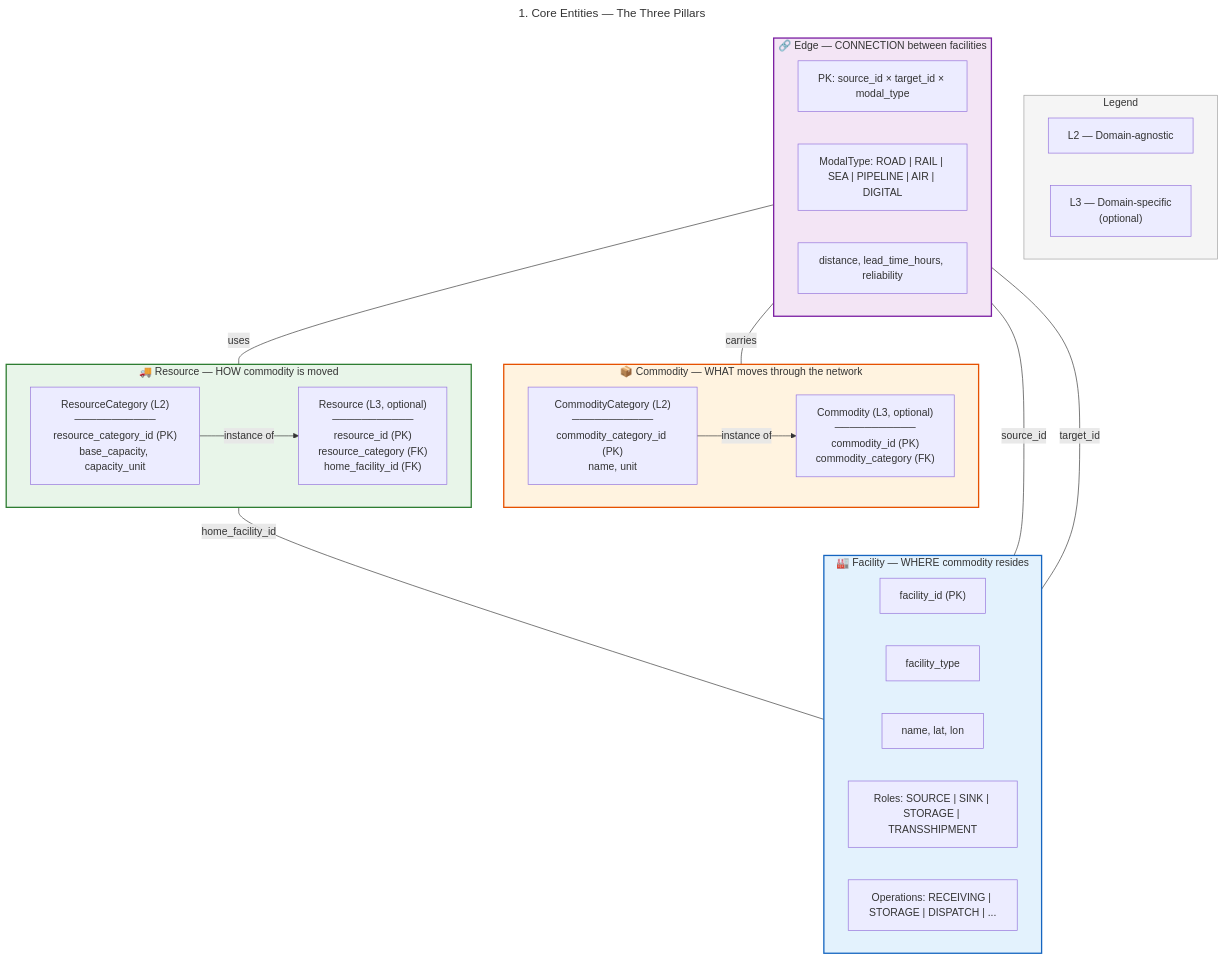
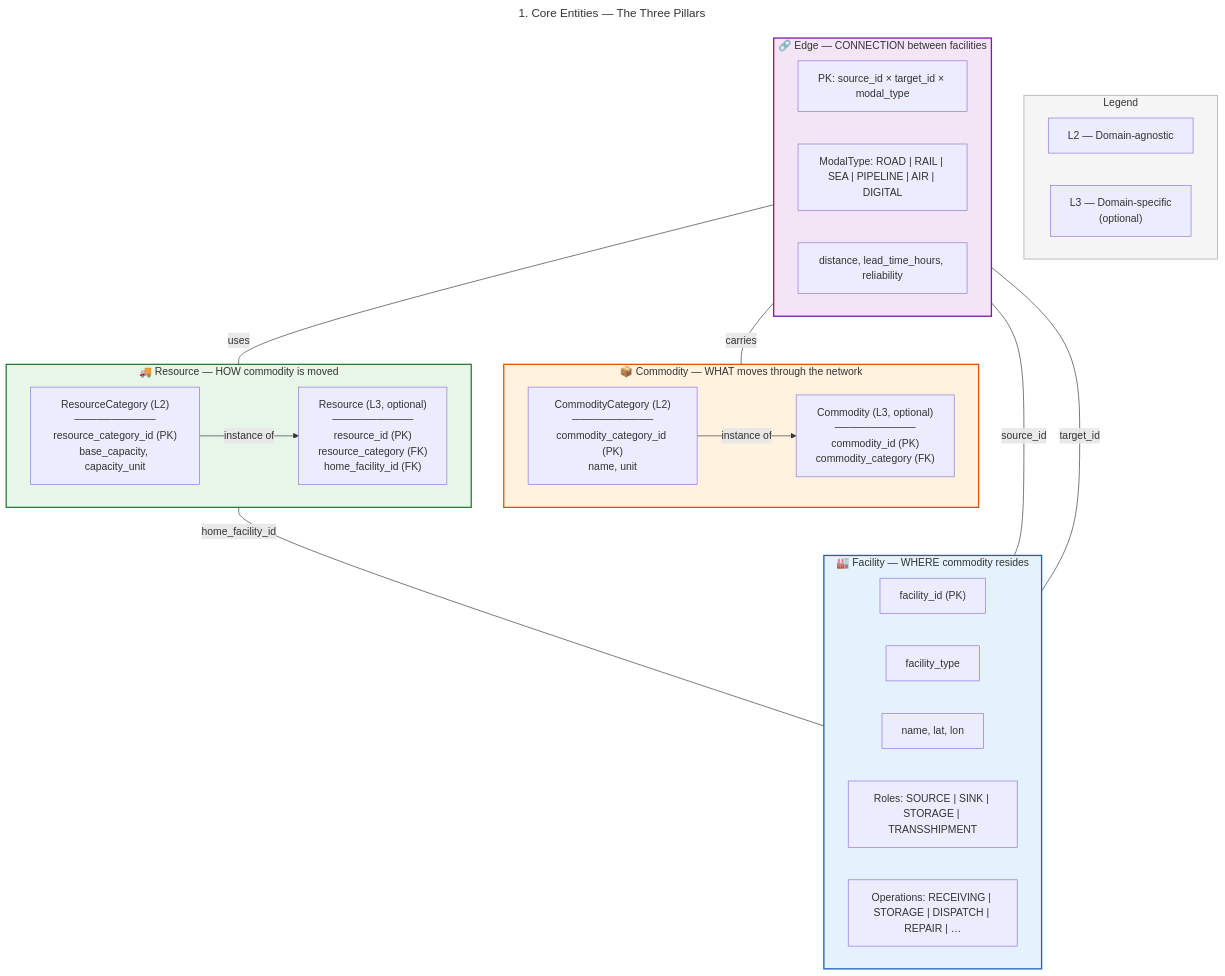
Before and after one commit to vlzm/GFDRR: the diagram in docs/diagrams/01_core_entities.mermaid, drawn with Mermaid. The commit also changed 8 other files, not shown here.

First line of the commit message:
feat(docs): update architecture and data model documentation for bike-sharing

```diff
--- a/docs/diagrams/01_core_entities.mermaid
+++ b/docs/diagrams/01_core_entities.mermaid
@@ -1,55 +1,55 @@
 ---
 title: "1. Core Entities — The Three Pillars"
 ---
 
 flowchart TB
     subgraph Legend["Legend"]
         direction LR
         L1["L2 — Domain-agnostic"]
         L2["L3 — Domain-specific<br/>(optional)"]
     end
 
     subgraph Facility["🏭 Facility — WHERE commodity resides"]
         F_id["facility_id (PK)"]
         F_type["facility_type"]
         F_name["name, lat, lon"]
         F_roles["Roles: SOURCE | SINK | STORAGE | TRANSSHIPMENT"]
-        F_ops["Operations: RECEIVING | STORAGE | DISPATCH | ..."]
+        F_ops["Operations: RECEIVING | STORAGE | DISPATCH | REPAIR | …"]
     end
 
     subgraph Commodity["📦 Commodity — WHAT moves through the network"]
         CC["CommodityCategory (L2)<br/>───────────<br/>commodity_category_id (PK)<br/>name, unit"]
         C["Commodity (L3, optional)<br/>───────────<br/>commodity_id (PK)<br/>commodity_category (FK)"]
         CC -->|"instance of"| C
     end
 
     subgraph Resource["🚚 Resource — HOW commodity is moved"]
         RC["ResourceCategory (L2)<br/>───────────<br/>resource_category_id (PK)<br/>base_capacity, capacity_unit"]
         R["Resource (L3, optional)<br/>───────────<br/>resource_id (PK)<br/>resource_category (FK)<br/>home_facility_id (FK)"]
         RC -->|"instance of"| R
     end
 
     subgraph Edge["🔗 Edge — CONNECTION between facilities"]
         E_pk["PK: source_id × target_id × modal_type"]
         E_modal["ModalType: ROAD | RAIL | SEA | PIPELINE | AIR | DIGITAL"]
         E_attrs["distance, lead_time_hours, reliability"]
     end
 
     Facility ---|"source_id"| Edge
     Facility ---|"target_id"| Edge
     Edge ---|"carries"| Commodity
     Edge ---|"uses"| Resource
     Resource ---|"home_facility_id"| Facility
 
     %% Styling
     classDef facility fill:#e3f2fd,stroke:#1565c0,stroke-width:2px
     classDef commodity fill:#fff3e0,stroke:#e65100,stroke-width:2px
     classDef resource fill:#e8f5e9,stroke:#2e7d32,stroke-width:2px
     classDef edge fill:#f3e5f5,stroke:#7b1fa2,stroke-width:2px
     classDef legend fill:#f5f5f5,stroke:#9e9e9e
 
     class Facility facility
     class Commodity commodity
     class Resource resource
     class Edge edge
     class Legend legend
```
